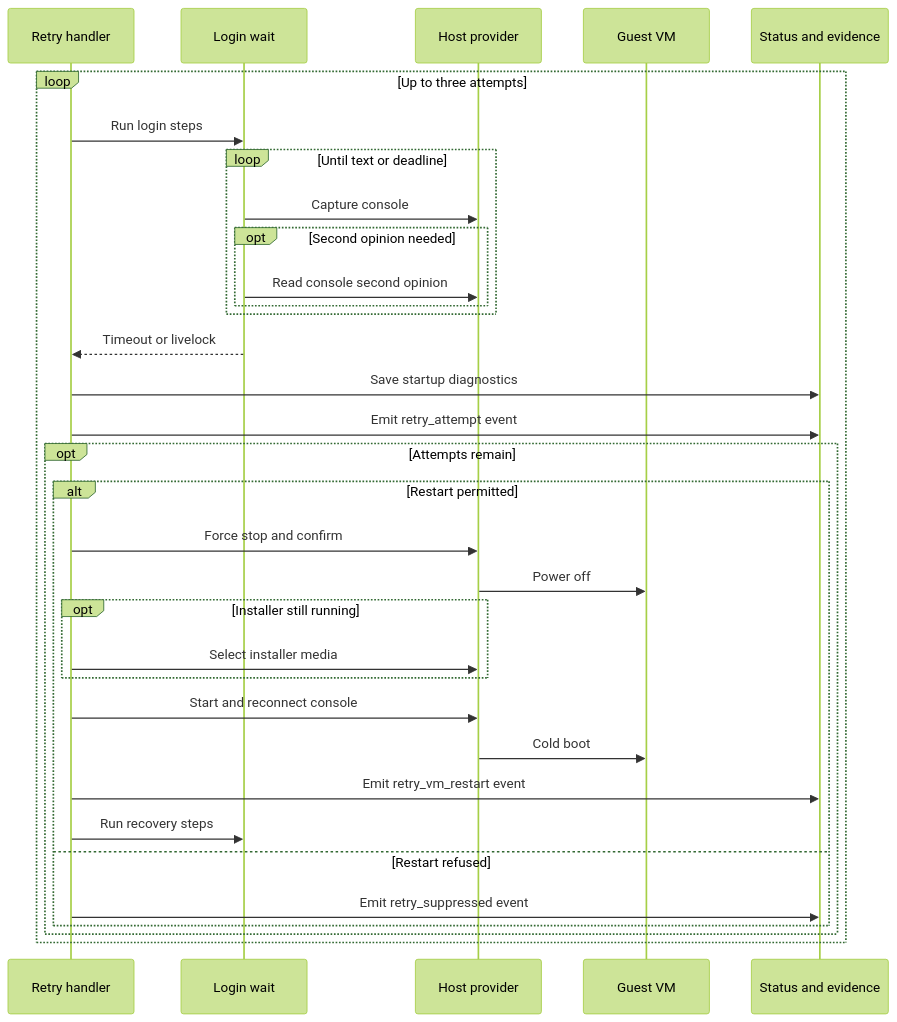
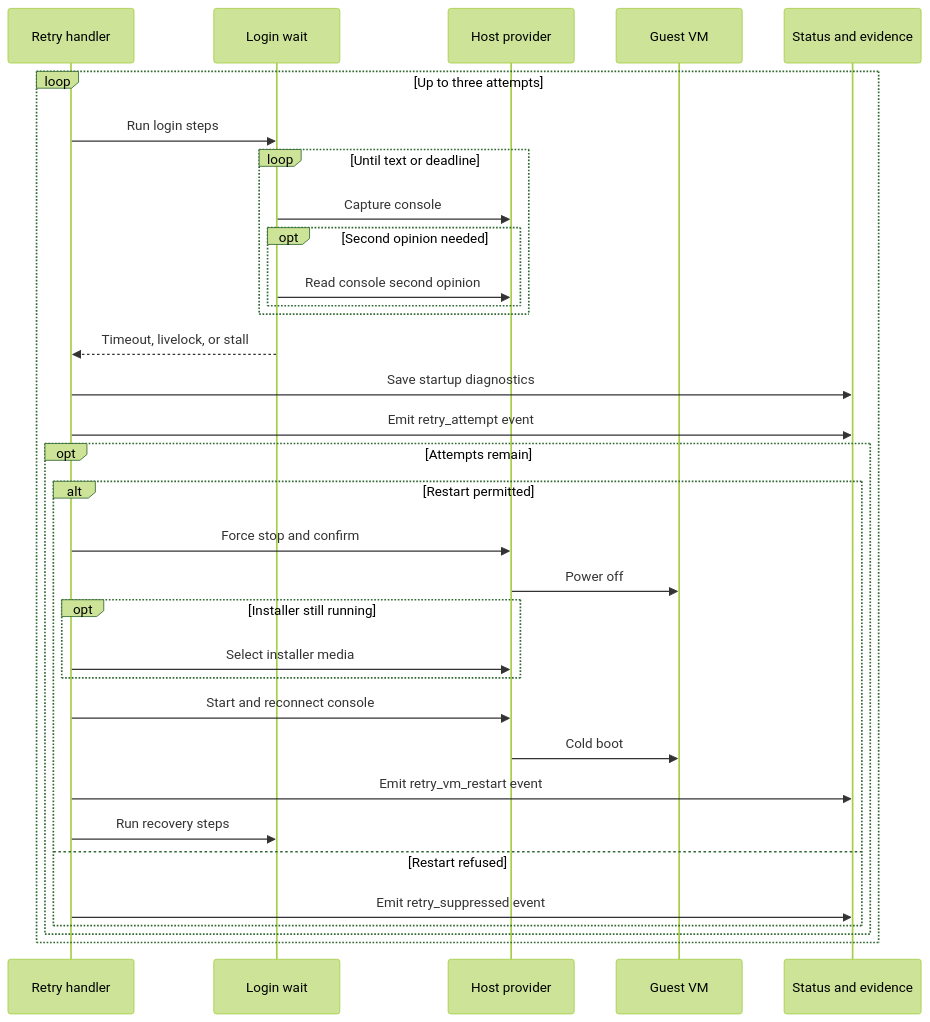
The third of 17 diagrams in docs/design/03-data-flows.md (alissonsol/yuruna), drawn with Mermaid (forest theme) before and after one commit. The commit also changed other lines of this file and 1362 other files, not shown here.

````diff
--- a/docs/design/03-data-flows.md
+++ b/docs/design/03-data-flows.md
@@ -112,35 +112,35 @@
 ```mermaid
 sequenceDiagram
     participant test-sequence-handler-psm1 as Retry handler
     participant test-sequence-engine-psm1 as Login wait
     participant yuruna-host-contract-psm1 as Host provider
     participant guest-vm as Guest VM
     participant status-json as Status and evidence
     loop Up to three attempts
         test-sequence-handler-psm1->>test-sequence-engine-psm1: Run login steps
         loop Until text or deadline
             test-sequence-engine-psm1->>yuruna-host-contract-psm1: Capture console
             opt Second opinion needed
                 test-sequence-engine-psm1->>yuruna-host-contract-psm1: Read console second opinion
             end
         end
-        test-sequence-engine-psm1-->>test-sequence-handler-psm1: Timeout or livelock
+        test-sequence-engine-psm1-->>test-sequence-handler-psm1: Timeout, livelock, or stall
         test-sequence-handler-psm1->>status-json: Save startup diagnostics
         test-sequence-handler-psm1->>status-json: Emit retry_attempt event
         opt Attempts remain
             alt Restart permitted
                 test-sequence-handler-psm1->>yuruna-host-contract-psm1: Force stop and confirm
                 yuruna-host-contract-psm1->>guest-vm: Power off
                 opt Installer still running
                     test-sequence-handler-psm1->>yuruna-host-contract-psm1: Select installer media
                 end
                 test-sequence-handler-psm1->>yuruna-host-contract-psm1: Start and reconnect console
                 yuruna-host-contract-psm1->>guest-vm: Cold boot
                 test-sequence-handler-psm1->>status-json: Emit retry_vm_restart event
                 test-sequence-handler-psm1->>test-sequence-engine-psm1: Run recovery steps
             else Restart refused
                 test-sequence-handler-psm1->>status-json: Emit retry_suppressed event
             end
         end
     end
 ```
````
